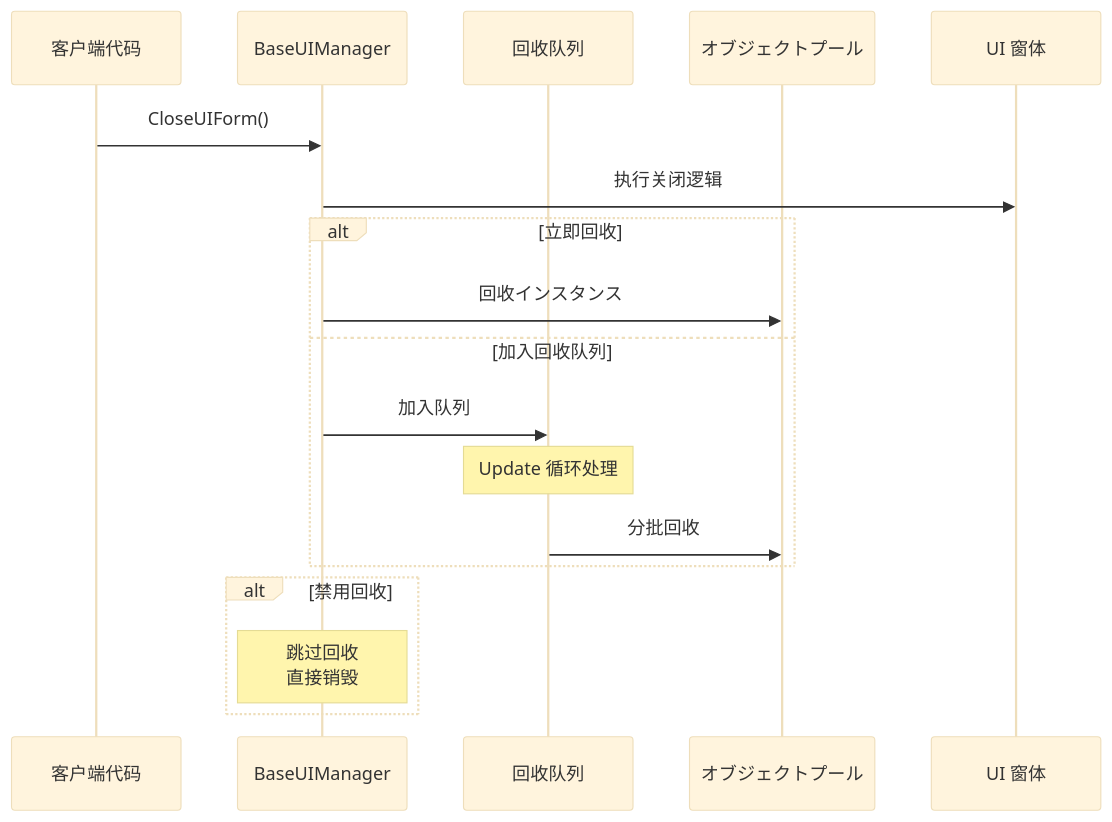
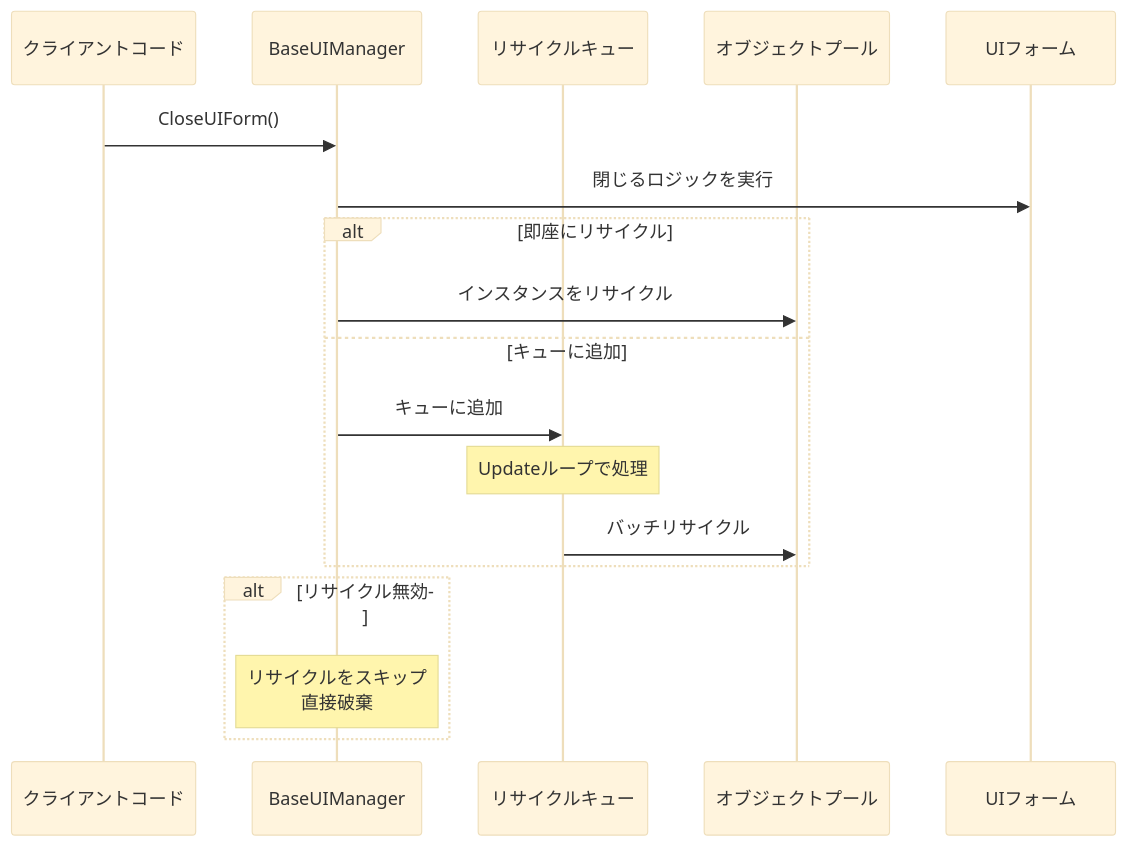
Before and after one commit to AlianBlank/GameFrameX.Docs: the third of 4 diagrams in docs/ja/client/unity/component/ui/09.object-pool.md, drawn with Mermaid (base theme). The commit also changed other lines of this file and 320 other files, not shown here.

````diff
--- a/docs/ja/client/unity/component/ui/09.object-pool.md
+++ b/docs/ja/client/unity/component/ui/09.object-pool.md
@@ -111,23 +111,23 @@
 ```mermaid
 sequenceDiagram
-    participant Client as 客户端代码
+    participant Client as クライアントコード
     participant Manager as BaseUIManager
-    participant RecycleQ as 回收队列
+    participant RecycleQ as リサイクルキュー
     participant Pool as オブジェクトプール
-    participant Form as UI 窗体
+    participant Form as UIフォーム
 
     Client->>Manager: CloseUIForm()
-    Manager->>Form: 执行关闭逻辑
-    
-    alt 立即回收
-        Manager->>Pool: 回收インスタンス
-    else 加入回收队列
-        Manager->>RecycleQ: 加入队列
-        Note over RecycleQ: Update 循环处理
-        RecycleQ->>Pool: 分批回收
+    Manager->>Form: 閉じるロジックを実行
+
+    alt 即座にリサイクル
+        Manager->>Pool: インスタンスをリサイクル
+    else キューに追加
+        Manager->>RecycleQ: キューに追加
+        Note over RecycleQ: Updateループで処理
+        RecycleQ->>Pool: バッチリサイクル
     end
-    
-    alt 禁用回收
-        Note over Manager: 跳过回收<br/>直接销毁
+
+    alt リサイクル無効
+        Note over Manager: リサイクルをスキップ<br/>直接破棄
     end
 ```
````
